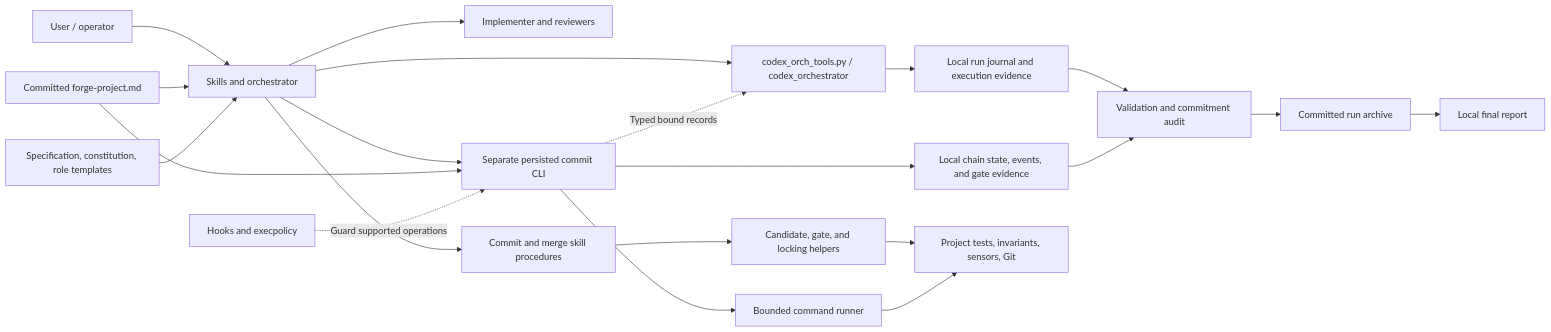
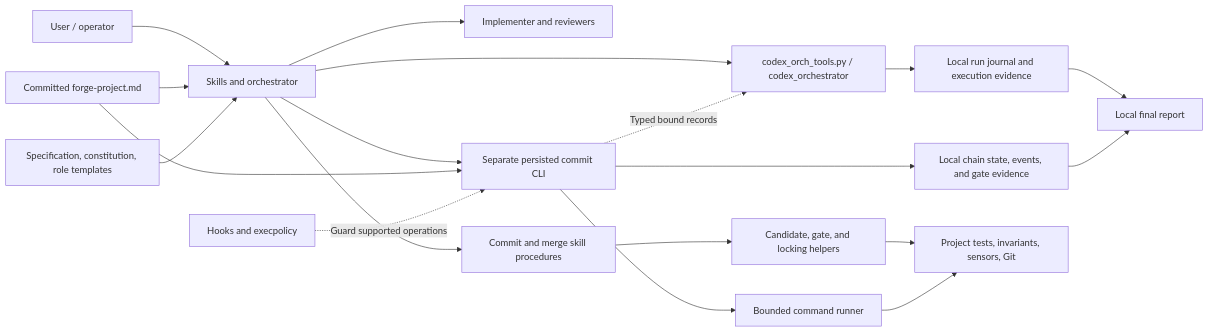
Before and after one commit to nixlim/forge-plugin: the second of 6 diagrams in OPERATIONS.md, drawn with Mermaid. The commit also changed other lines of this file and 28 other files, not shown here.

````diff
--- a/OPERATIONS.md
+++ b/OPERATIONS.md
@@ -74,23 +73,21 @@
 ```mermaid
 flowchart LR
     User["User / operator"] --> Skills["Skills and orchestrator"]
     Policy["Committed forge-project.md"] --> Skills
     Rules["Specification, constitution, role templates"] --> Skills
     Skills --> Agents["Implementer and reviewers"]
     Skills --> Orch["codex_orch_tools.py / codex_orchestrator"]
     Skills --> CommitSkill["Commit and merge skill procedures"]
     Skills --> CLI["Separate persisted commit CLI"]
     Policy --> CLI
     Orch --> Run["Local run journal and execution evidence"]
     CLI --> Chain["Local chain state, events, and gate evidence"]
     CLI --> Runner["Bounded command runner"]
     CommitSkill --> Helpers["Candidate, gate, and locking helpers"]
     Helpers --> Checks
     Runner --> Checks["Project tests, invariants, sensors, Git"]
     CLI -.->|"Typed bound records"| Orch
-    Run --> Audit["Validation and commitment audit"]
-    Chain --> Audit
-    Audit --> Archive["Committed run archive"]
-    Archive --> Report["Local final report"]
+    Run --> Report["Local final report"]
+    Chain --> Report
     Hooks["Hooks and execpolicy"] -.->|"Guard supported operations"| CLI
 ```
````
